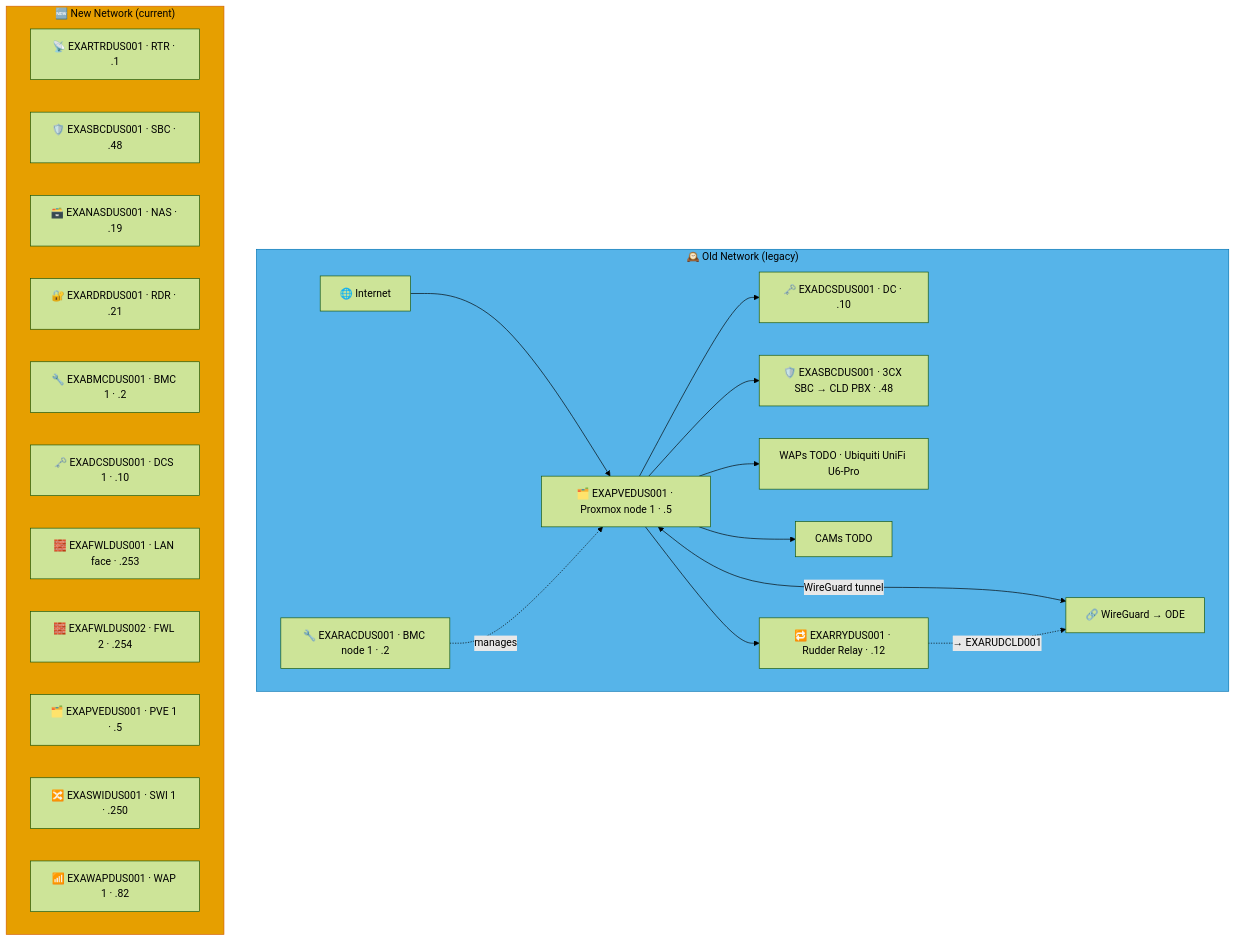
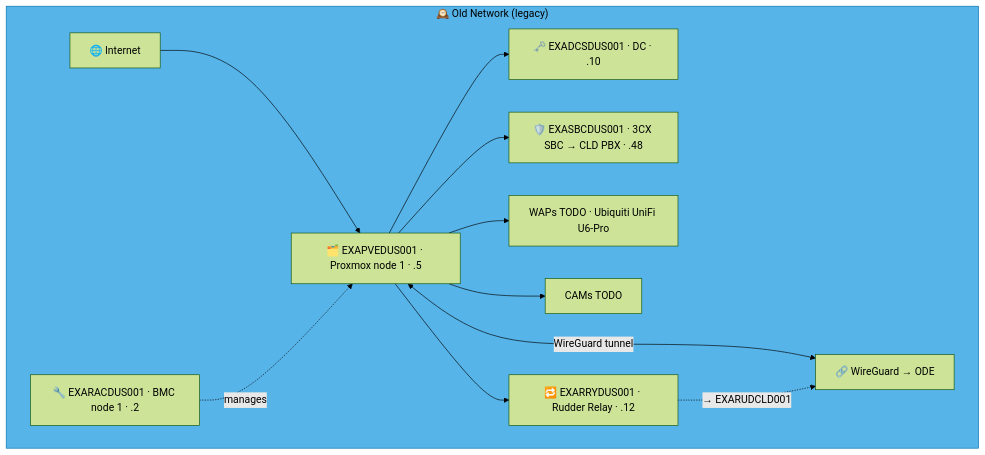
One commit to knightmare2600/example_music_infra changed the ninth of 10 diagrams in docs/network-diagram/deutschland.md. Above: the diagram before and after it, drawn with Mermaid (forest theme). The commit also changed other lines of this file and 35 other files, not shown here.

````diff
--- a/docs/network-diagram/deutschland.md
+++ b/docs/network-diagram/deutschland.md
@@ -238,39 +343,23 @@
 ```mermaid
 graph TD
     subgraph OLD_DUS ["🕰️ Old Network (legacy)"]
       INET["🌐 Internet"]
       RAC["🔧 EXARACDUS001 · BMC node 1 · .2"]
       PVE["🗂️ EXAPVEDUS001 · Proxmox node 1 · .5"]
       DC["🗝️ EXADCSDUS001 · DC · .10"]
       SBC["🛡️ EXASBCDUS001 · 3CX SBC → CLD PBX · .48"]
       RRY["🔁 EXARRYDUS001 · Rudder Relay · .12"]
       WAP["WAPs TODO · Ubiquiti UniFi U6-Pro"]
       CAM["CAMs TODO"]
       VPN["🔗 WireGuard → ODE"]
 
       INET --> PVE --> DC & SBC
       RAC -.->|"manages"| PVE
       PVE --> WAP & CAM
       PVE <-->|"WireGuard tunnel"| VPN
 
       PVE --> RRY
       RRY -. "→ EXARUDCLD001" .-> VPN
     end
     style OLD_DUS fill:#56B4E9,stroke:#0072B2,color:#000000
-    %% GENERATED:NEW-NETWORK:DUS:START
-    subgraph NEW_DUS ["🆕 New Network (current)"]
-      N_RTR["📡 EXARTRDUS001 · RTR · .1"]
-      N_SBC["🛡️ EXASBCDUS001 · SBC · .48"]
-      N_NAS["🗃️ EXANASDUS001 · NAS · .19"]
-      N_RDR["🔐 EXARDRDUS001 · RDR · .21"]
-      N_BMC["🔧 EXABMCDUS001 · BMC 1 · .2"]
-      N_DCS["🗝️ EXADCSDUS001 · DCS 1 · .10"]
-      N_FWL["🧱 EXAFWLDUS001 · LAN face · .253"]
-      N_FWL2["🧱 EXAFWLDUS002 · FWL 2 · .254"]
-      N_PVE["🗂️ EXAPVEDUS001 · PVE 1 · .5"]
-      N_SWI["🔀 EXASWIDUS001 · SWI 1 · .250"]
-      N_WAP["📶 EXAWAPDUS001 · WAP 1 · .82"]
-    end
-    style NEW_DUS fill:#E69F00,stroke:#D55E00,color:#000000
-    %% GENERATED:NEW-NETWORK:DUS:END
 ```
````
